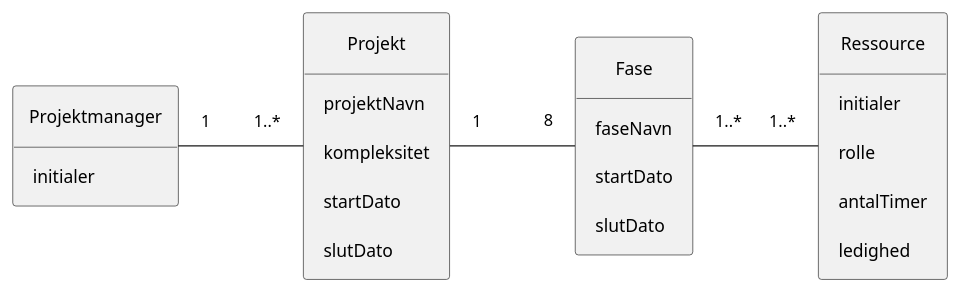
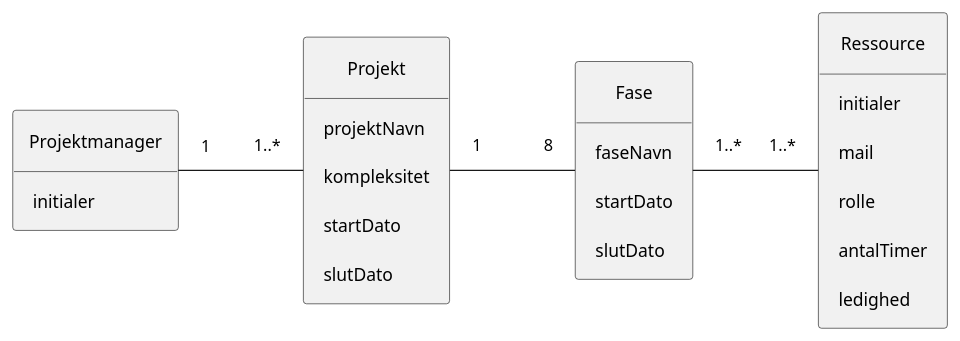
The diagram in Models/Novo-DomainModel.plantuml (Rasmuus15/Eksamensprojekt-Novo), drawn with PlantUML before and after one commit.

```diff
--- a/Models/Novo-DomainModel.plantuml
+++ b/Models/Novo-DomainModel.plantuml
@@ -1,45 +1,46 @@
 @startuml
 hide circle
 hide empty members
 
 skinparam padding 10
 skinparam nodesep 100
 skinparam ranksep 100
 
 Projektmanager "1" ---right--- "1..*" Projekt
 Fase "8" ---left--- "1" Projekt
 Fase "1..*" ---right--- "1..*" Ressource
 
 'Konceptuelle klasser
 Class Projektmanager
 {
     initialer
 }
 
 Class Ressource
 {
     initialer
+    mail
     rolle
     antalTimer
     ledighed
 }
 
 Class Fase
 {
     faseNavn
     startDato
     slutDato
 }
 
 Class Projekt
 {
     projektNavn
     kompleksitet
     startDato
     slutDato
 }
 
 
 
 
 @enduml
```
